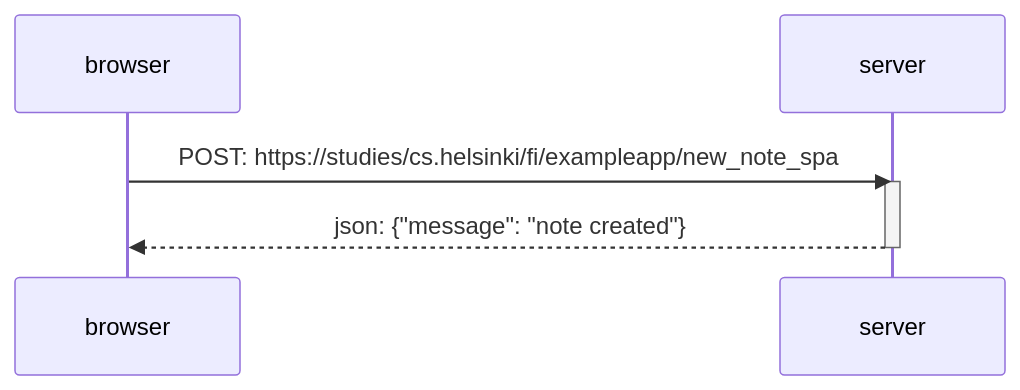
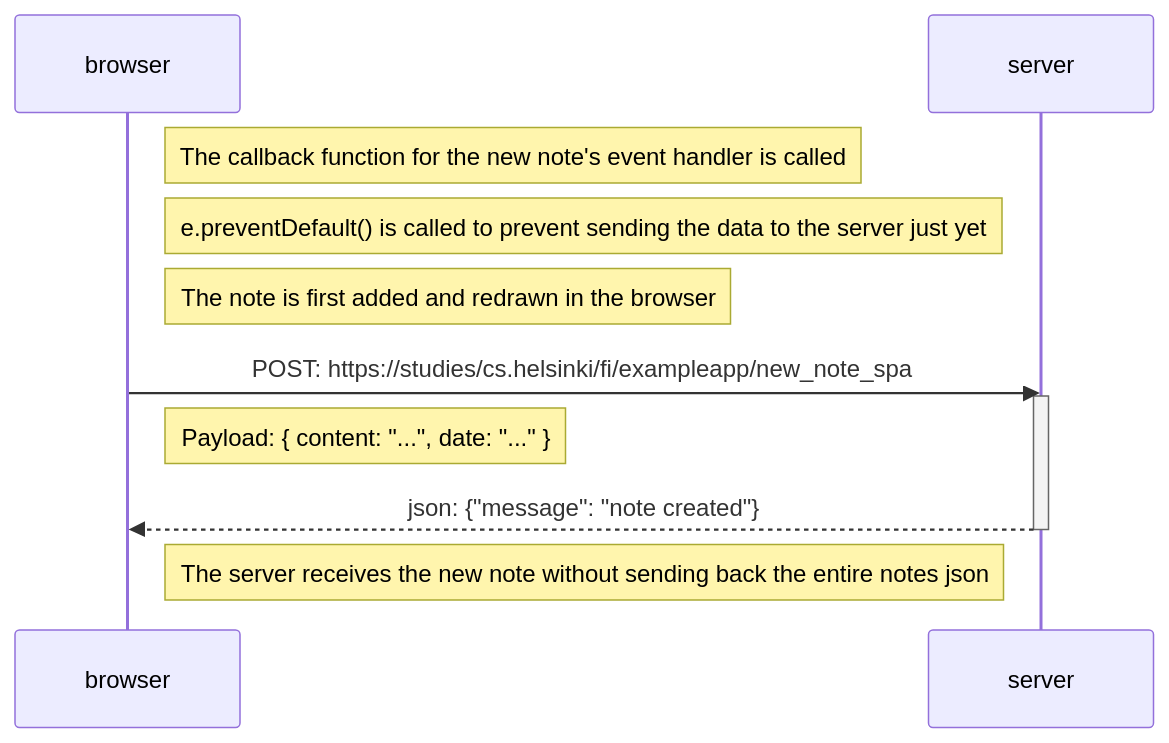
The diagram in part0/new-note-single-page-app-diagram/diagram.md (Raikho/fullstackopen), drawn with Mermaid before and after one commit.

Commit message:
finish new note spa diagram

````diff
--- a/part0/new-note-single-page-app-diagram/diagram.md
+++ b/part0/new-note-single-page-app-diagram/diagram.md
@@ -1,11 +1,16 @@
 ```mermaid
 sequenceDiagram
     participant browser
     participant server
+Note right of browser: The callback function for the new note's event handler is called
+Note right of browser: e.preventDefault() is called to prevent sending the data to the server just yet
+Note right of browser: The note is first added and redrawn in the browser
 
 browser->>server: POST: https://studies/cs.helsinki/fi/exampleapp/new_note_spa
 activate server
+Note right of browser: Payload: { content: "...", date: "..." }
 server-->>browser: json: {"message": "note created"}
 deactivate server
 
+Note left of server: The server receives the new note without sending back the entire notes json
 ```
````
